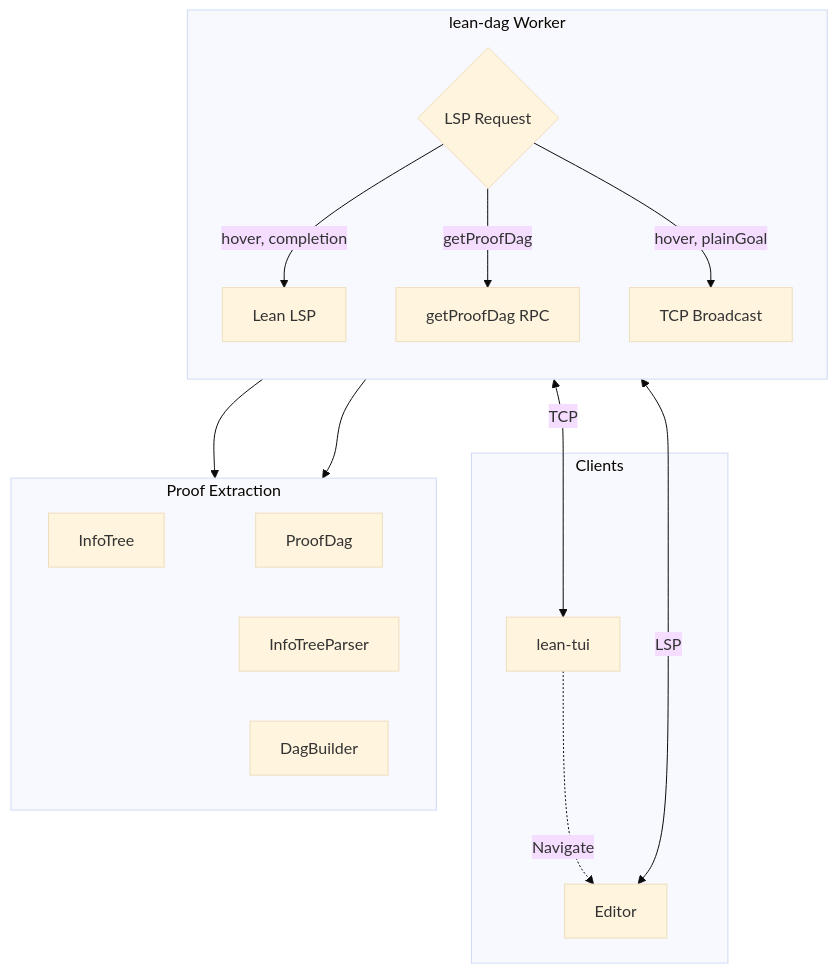
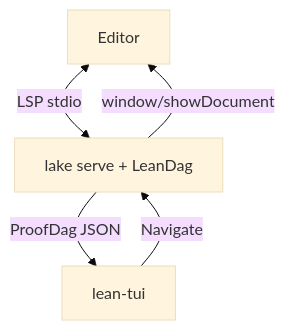
Before and after one commit to wvhulle/lean-dag: the diagram in README.md, drawn with Mermaid (base theme).

Commit message:
docs: fix diagram

````diff
--- a/README.md
+++ b/README.md
@@ -16,33 +16,7 @@
 ```mermaid
 flowchart TB
-    subgraph Clients
-        Editor[Editor]
-        TUI[lean-tui]
-    end
-
-    subgraph Worker[lean-dag Worker]
-        direction TB
-        Router{LSP Request}
-        LeanLSP[Lean LSP]
-        RPC[getProofDag RPC]
-        Broadcast[TCP Broadcast]
-    end
-
-    subgraph Pipeline[Proof Extraction]
-        direction LR
-        InfoTree[InfoTree]
-        Parser[InfoTreeParser]
-        Builder[DagBuilder]
-        JSON[ProofDag]
-    end
-
-    Editor <-->|LSP| Router
-    Router -->|hover, completion| LeanLSP
-    Router -->|getProofDag| RPC
-    Router -->|hover, plainGoal| Broadcast
-    RPC --> Pipeline
-    Broadcast --> Pipeline
-    Pipeline --> JSON
-    Broadcast <-->|TCP| TUI
-    TUI -.->|Navigate| Editor
+    Editor[Editor] <-->|LSP stdio| Server[lake serve + LeanDag]
+    Server -->|ProofDag JSON| TUI[lean-tui]
+    TUI -->|Navigate| Server
+    Server -->|window/showDocument| Editor
 ```
````
